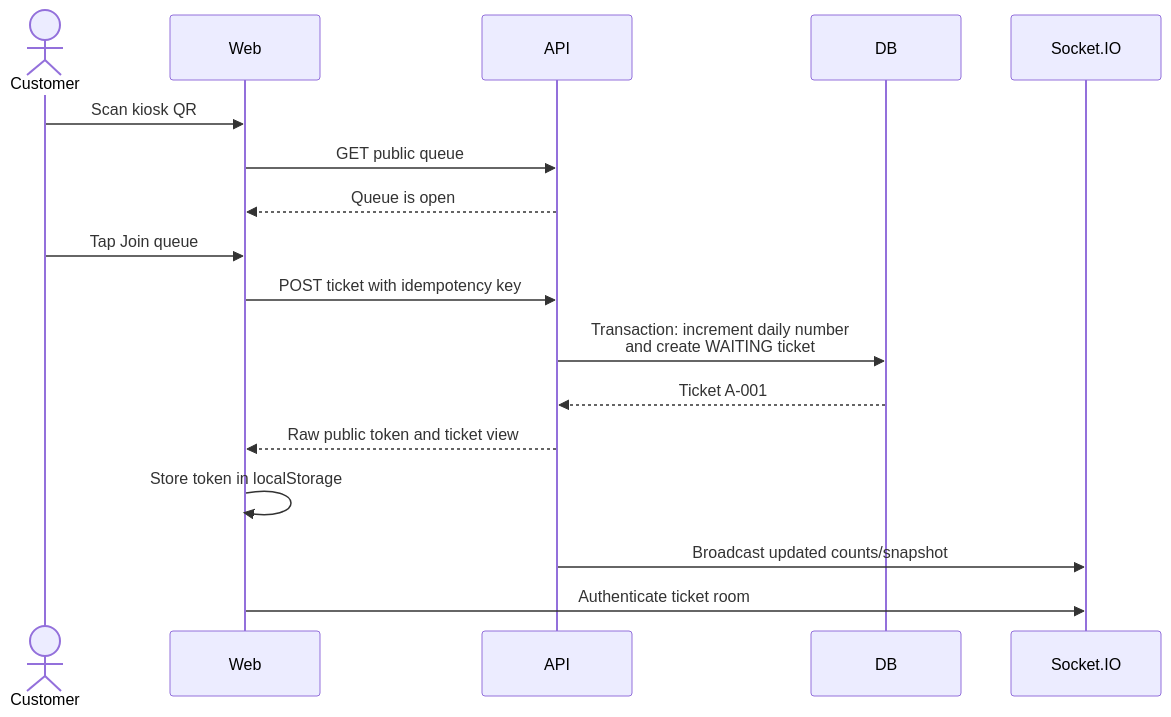
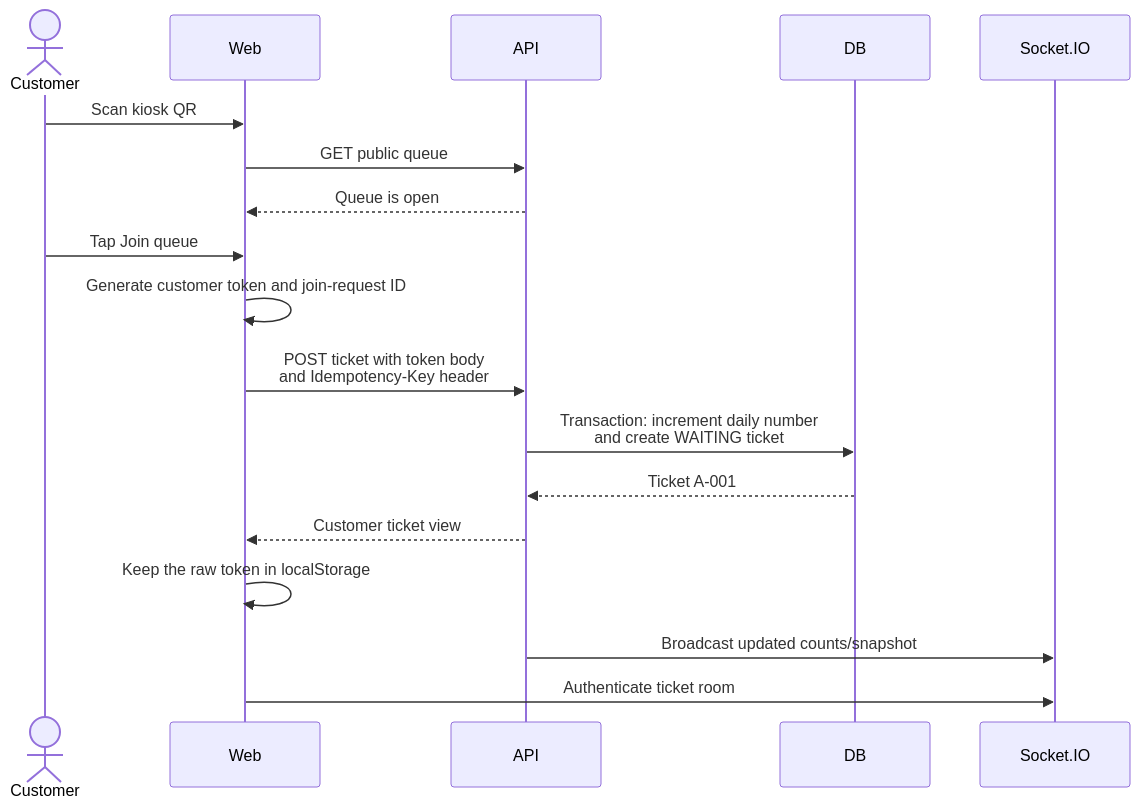
The ninth of 22 diagrams in MVP-CONCEPTION-BLUEPRINT.md (GG-Theodore89/H-qeue-systeme), drawn with Mermaid before and after one commit. The commit also changed other lines of this file, not shown here.

````diff
--- a/MVP-CONCEPTION-BLUEPRINT.md
+++ b/MVP-CONCEPTION-BLUEPRINT.md
@@ -468,20 +489,21 @@
 ```mermaid
 sequenceDiagram
     actor Customer
     participant Web
     participant API
     participant DB
     participant IO as Socket.IO
 
     Customer->>Web: Scan kiosk QR
     Web->>API: GET public queue
     API-->>Web: Queue is open
     Customer->>Web: Tap Join queue
-    Web->>API: POST ticket with idempotency key
+    Web->>Web: Generate customer token and join-request ID
+    Web->>API: POST ticket with token body<br/>and Idempotency-Key header
     API->>DB: Transaction: increment daily number<br/>and create WAITING ticket
     DB-->>API: Ticket A-001
-    API-->>Web: Raw public token and ticket view
-    Web->>Web: Store token in localStorage
+    API-->>Web: Customer ticket view
+    Web->>Web: Keep the raw token in localStorage
     API->>IO: Broadcast updated counts/snapshot
     Web->>IO: Authenticate ticket room
 ```
````
